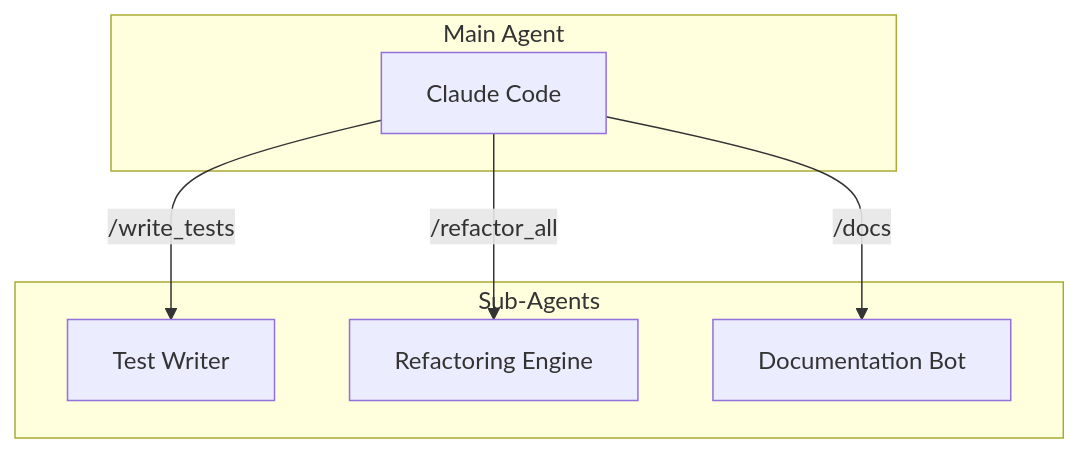
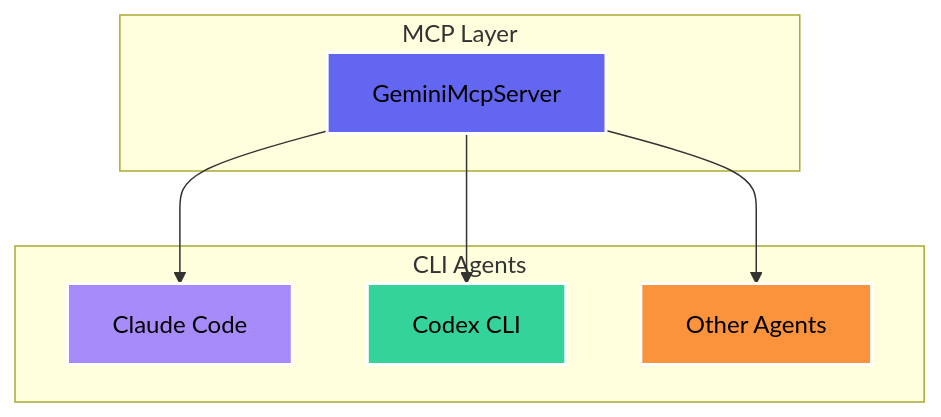
Before and after one commit to kousen/cosmic-catalog: the first of 2 diagrams in slides.md, drawn with Mermaid. The commit also changed other lines of this file and 5 other files, not shown here.

````diff
--- a/slides.md
+++ b/slides.md
@@ -373,15 +190,19 @@
 ```mermaid
 graph TD
-    subgraph Main Agent
-        A[Claude Code]
+    subgraph "MCP Layer"
+        A[GeminiMcpServer]
     end
-    subgraph Sub-Agents
-        B[Test Writer]
-        C[Refactoring Engine]
-        D[Documentation Bot]
+    subgraph "CLI Agents"
+        B[Claude Code]
+        C[Codex CLI]
+        D[Other Agents]
     end
-
-    A -- "/write_tests" --> B;
-    A -- "/refactor_all" --> C;
-    A -- "/docs" --> D;
+    A --> B
+    A --> C
+    A --> D
+    
+    style A fill:#6366f1,stroke:#fff,stroke-width:2px,color:#000
+    style B fill:#a78bfa,stroke:#fff,stroke-width:2px,color:#000
+    style C fill:#34d399,stroke:#fff,stroke-width:2px,color:#000
+    style D fill:#fb923c,stroke:#fff,stroke-width:2px,color:#000
 ```
````
